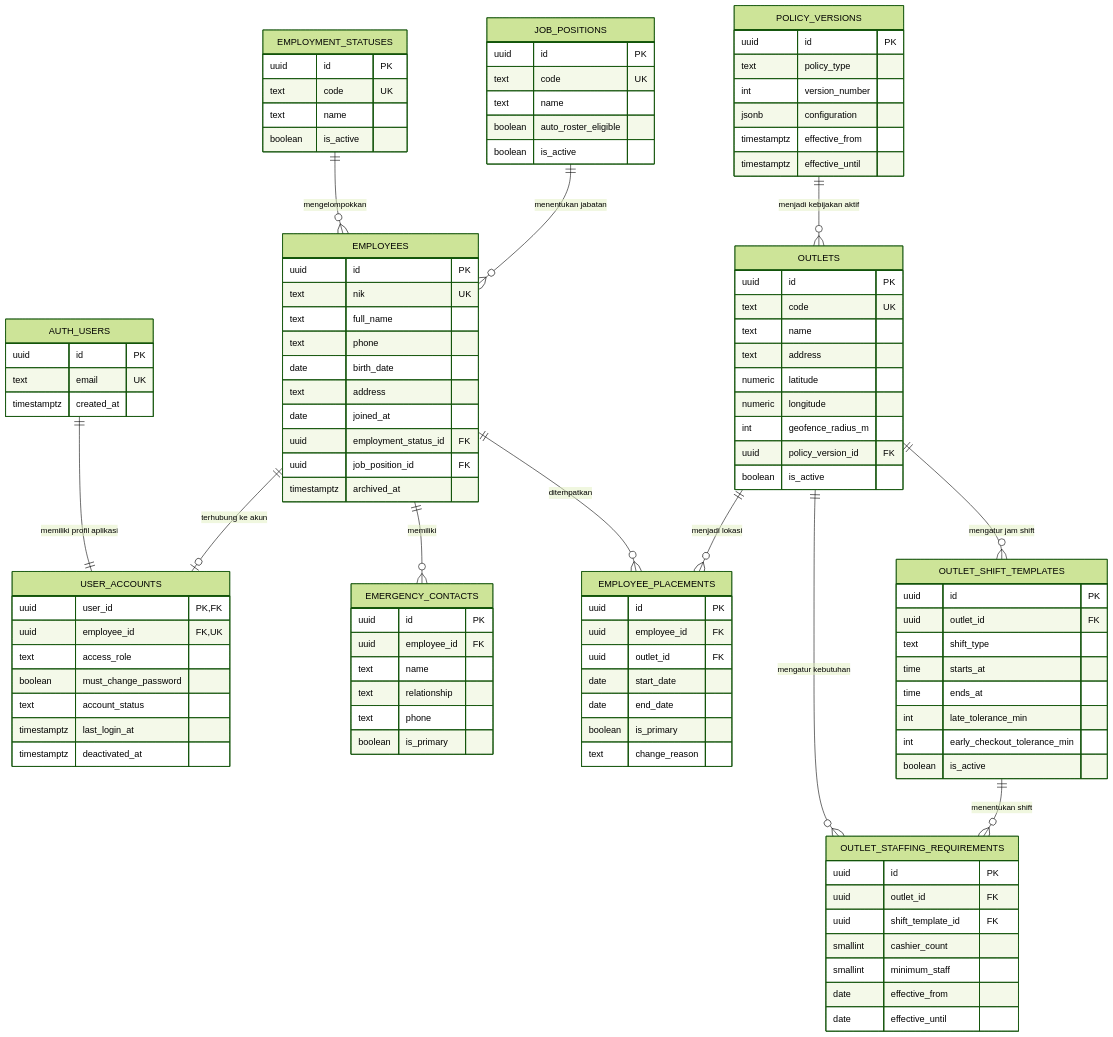
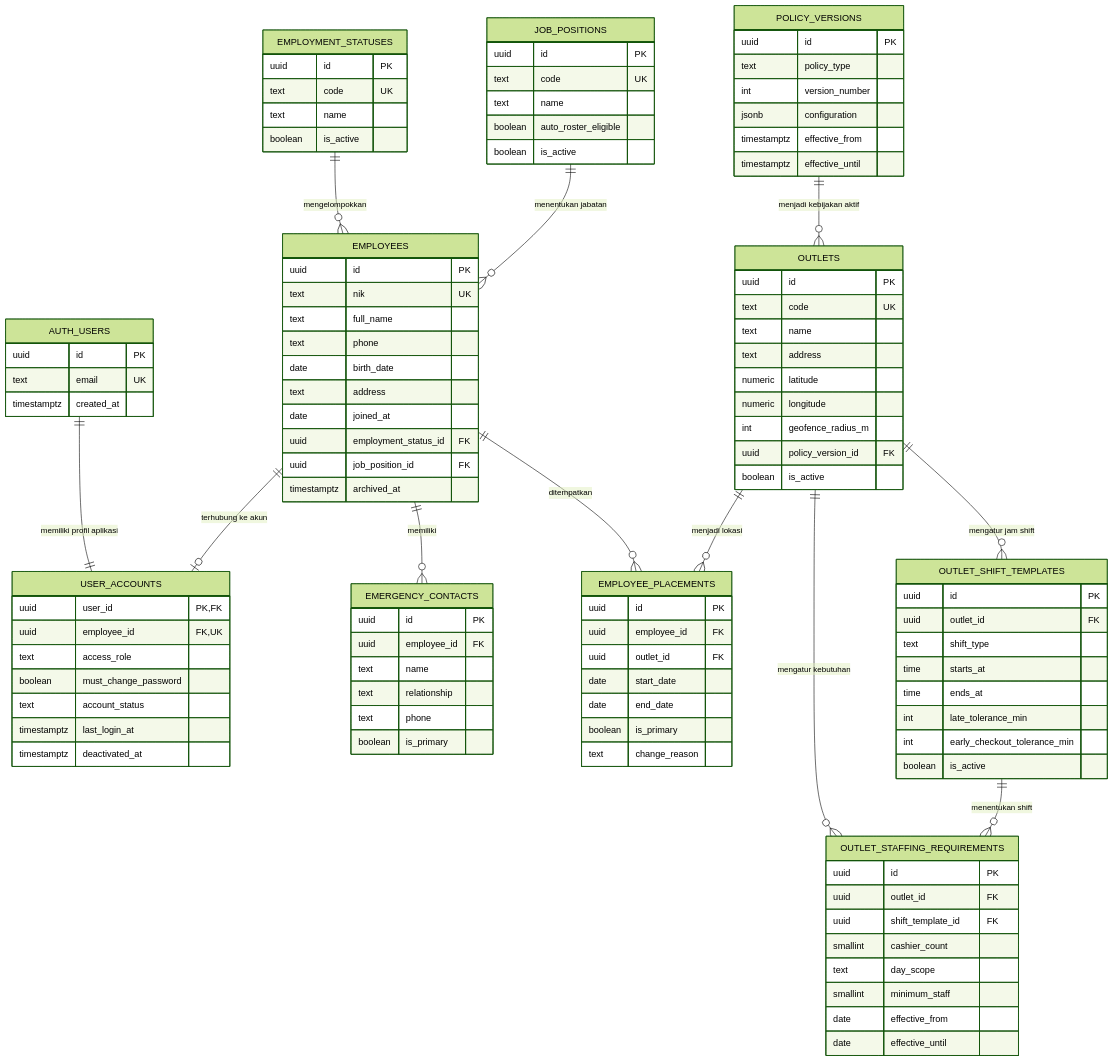
Before and after one commit to yoga12-rgb/hr-rajaklana: the first of 4 diagrams in ERD.md, drawn with Mermaid (forest theme). The commit also changed other lines of this file and 20 other files, not shown here.

```diff
--- a/ERD.md
+++ b/ERD.md
@@ -159,6 +159,7 @@
         uuid outlet_id FK
         uuid shift_template_id FK
         smallint cashier_count
+        text day_scope
         smallint minimum_staff
         date effective_from
         date effective_until
```
